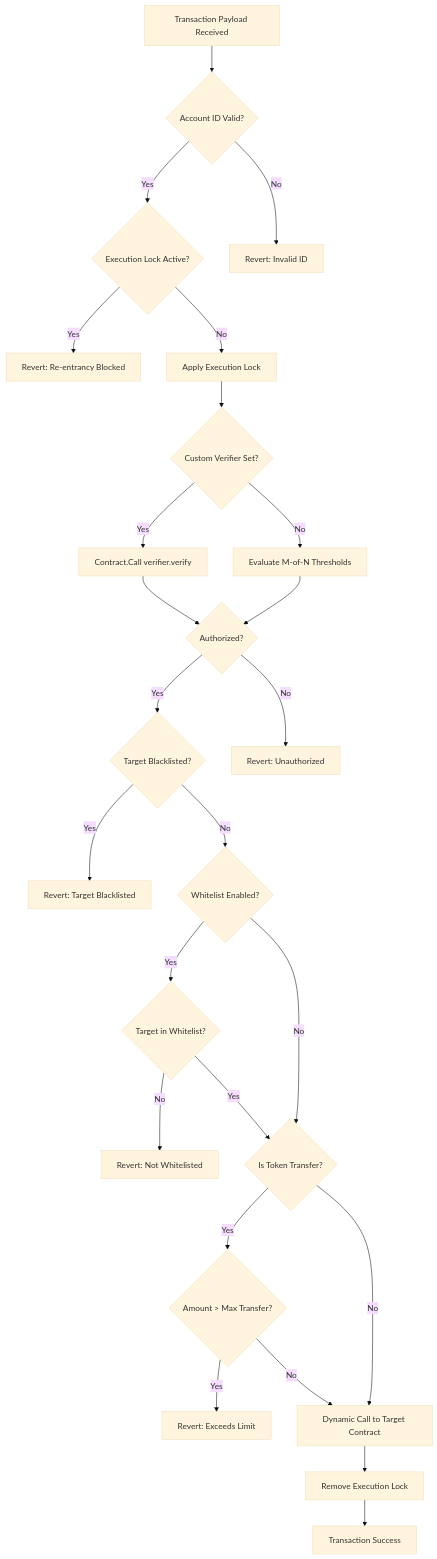
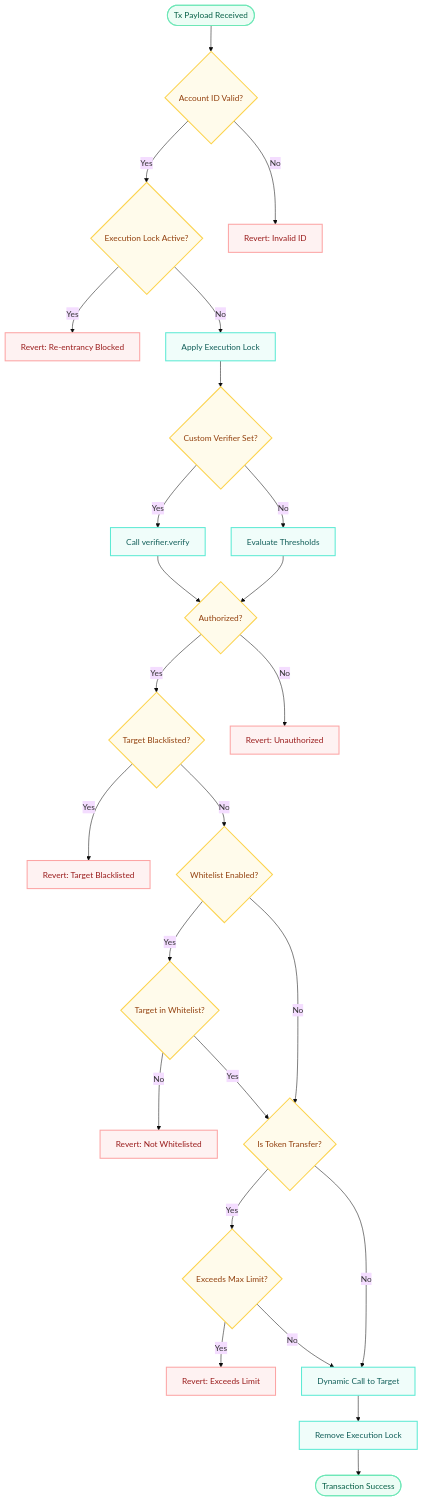
One commit to r3e-network/neo-abstract-account changed the fourth of 5 diagrams in docs/DATA_FLOW.md. Above: the diagram before and after it, drawn with Mermaid (base theme). The commit also changed other lines of this file and 15 other files, not shown here.

````diff
--- a/docs/DATA_FLOW.md
+++ b/docs/DATA_FLOW.md
@@ -83,37 +120,49 @@
 ```mermaid
 flowchart TD
-    Start[Transaction Payload Received] --> HasID{Account ID Valid?}
+    Start([Tx Payload Received]) --> HasID{Account ID Valid?}
+    
     HasID -- Yes --> ActiveLock{Execution Lock Active?}
-    HasID -- No --> Reject[Revert: Invalid ID]
+    HasID -- No --> Reject1[Revert: Invalid ID]
 
-    ActiveLock -- Yes --> RejectLock[Revert: Re-entrancy Blocked]
+    ActiveLock -- Yes --> Reject2[Revert: Re-entrancy Blocked]
     ActiveLock -- No --> Lock[Apply Execution Lock]
 
     Lock --> CustomVer{Custom Verifier Set?}
 
-    CustomVer -- Yes --> CallCustom[Contract.Call verifier.verify]
-    CallCustom --> AuthResult
+    CustomVer -- Yes --> CallCustom[Call verifier.verify]
+    CallCustom --> AuthResult{Authorized?}
 
-    CustomVer -- No --> CheckNative[Evaluate M-of-N Thresholds]
-    CheckNative --> AuthResult{Authorized?}
+    CustomVer -- No --> CheckNative[Evaluate Thresholds]
+    CheckNative --> AuthResult
 
     AuthResult -- Yes --> CheckBlacklist{Target Blacklisted?}
-    AuthResult -- No --> RejectAuth[Revert: Unauthorized]
+    AuthResult -- No --> Reject3[Revert: Unauthorized]
 
-    CheckBlacklist -- Yes --> RejectBL[Revert: Target Blacklisted]
+    CheckBlacklist -- Yes --> Reject4[Revert: Target Blacklisted]
     CheckBlacklist -- No --> CheckWhitelist{Whitelist Enabled?}
 
     CheckWhitelist -- Yes --> InWhitelist{Target in Whitelist?}
-    InWhitelist -- No --> RejectWL[Revert: Not Whitelisted]
-    InWhitelist -- Yes --> TokenCheck
+    InWhitelist -- No --> Reject5[Revert: Not Whitelisted]
+    InWhitelist -- Yes --> TokenCheck{Is Token Transfer?}
+    
     CheckWhitelist -- No --> TokenCheck
 
-    TokenCheck{Is Token Transfer?}
-    TokenCheck -- Yes --> OverLimit{Amount > Max Transfer?}
-    OverLimit -- Yes --> RejectLimit[Revert: Exceeds Limit]
-    OverLimit -- No --> Execute
+    TokenCheck -- Yes --> OverLimit{Exceeds Max Limit?}
+    OverLimit -- Yes --> Reject6[Revert: Exceeds Limit]
+    OverLimit -- No --> Execute[Dynamic Call to Target]
+    
     TokenCheck -- No --> Execute
 
-    Execute[Dynamic Call to Target Contract] --> Unlock[Remove Execution Lock]
-    Unlock --> End[Transaction Success]
+    Execute --> Unlock[Remove Execution Lock]
+    Unlock --> End([Transaction Success])
+
+    classDef decision fill:#fffbeb,stroke:#fcd34d,stroke-width:2px,color:#92400e
+    classDef terminal fill:#fef2f2,stroke:#fca5a5,stroke-width:2px,color:#991b1b
+    classDef success fill:#ecfdf5,stroke:#6ee7b7,stroke-width:2px,color:#065f46
+    classDef action fill:#f0fdfa,stroke:#5eead4,stroke-width:2px,color:#115e59
+    
+    class HasID,ActiveLock,CustomVer,AuthResult,CheckBlacklist,CheckWhitelist,InWhitelist,TokenCheck,OverLimit decision
+    class Reject1,Reject2,Reject3,Reject4,Reject5,Reject6 terminal
+    class Start,End success
+    class Lock,CallCustom,CheckNative,Execute,Unlock action
 ```
````
